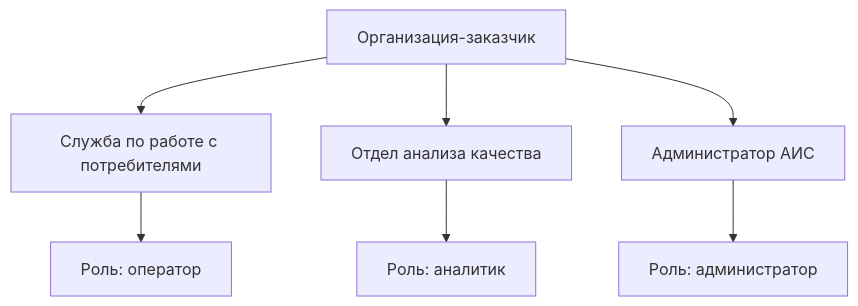
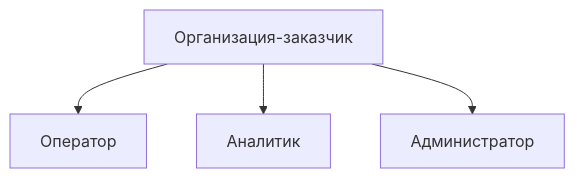
Before and after one commit to VyacheslavIurevich/software-requirements-analysis: the first of 5 diagrams in terms_of_reference/ToR.md, drawn with Mermaid. The commit also changed other lines of this file and 1 other file, not shown here.

````diff
--- a/terms_of_reference/ToR.md
+++ b/terms_of_reference/ToR.md
@@ -199,12 +145,8 @@
 ```mermaid
-%% caption: Организационный объём
-%% width: 78%
+%% caption: Пользователи АИС «Отклик»
 flowchart TB
-  org[Организация-заказчик]
-  org --> svc[Служба по работе с потребителями]
-  org --> qa[Отдел анализа качества]
-  org --> adm[Администратор АИС]
-  svc --> op[Роль: оператор]
-  qa --> an[Роль: аналитик]
-  adm --> ad[Роль: администратор]
+  O[Организация-заказчик]
+  O --> P[Оператор]
+  O --> A[Аналитик]
+  O --> D[Администратор]
 ```
````
